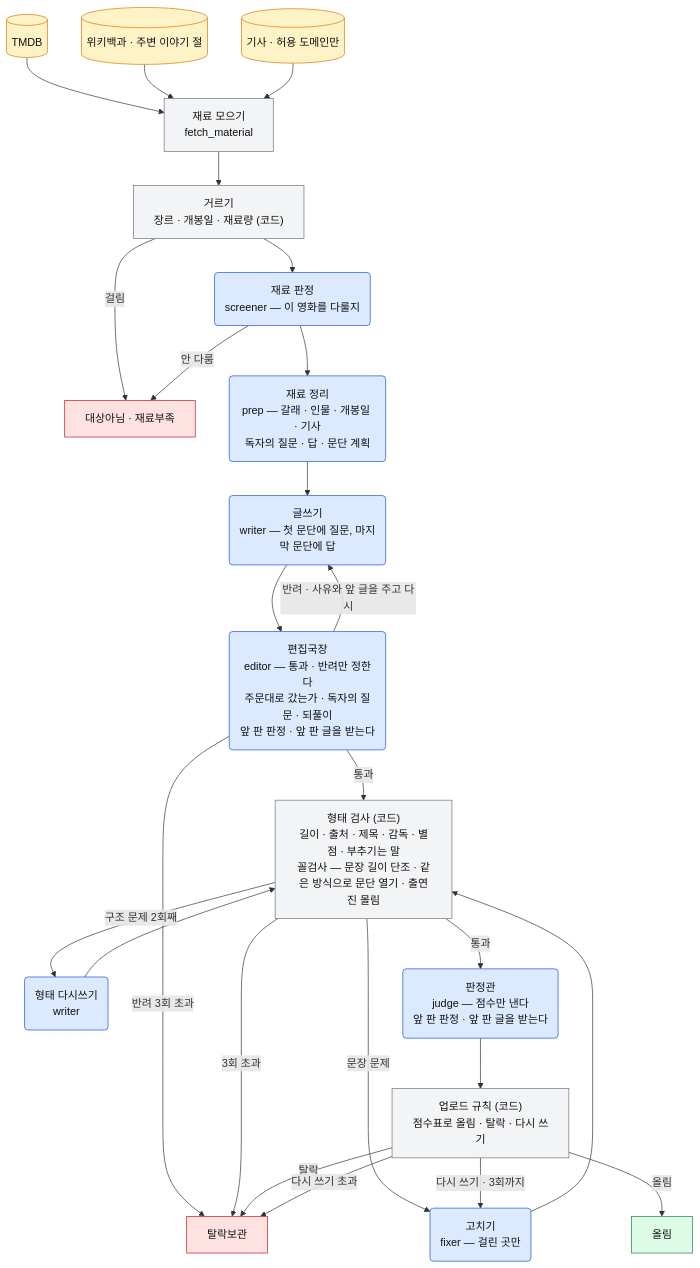
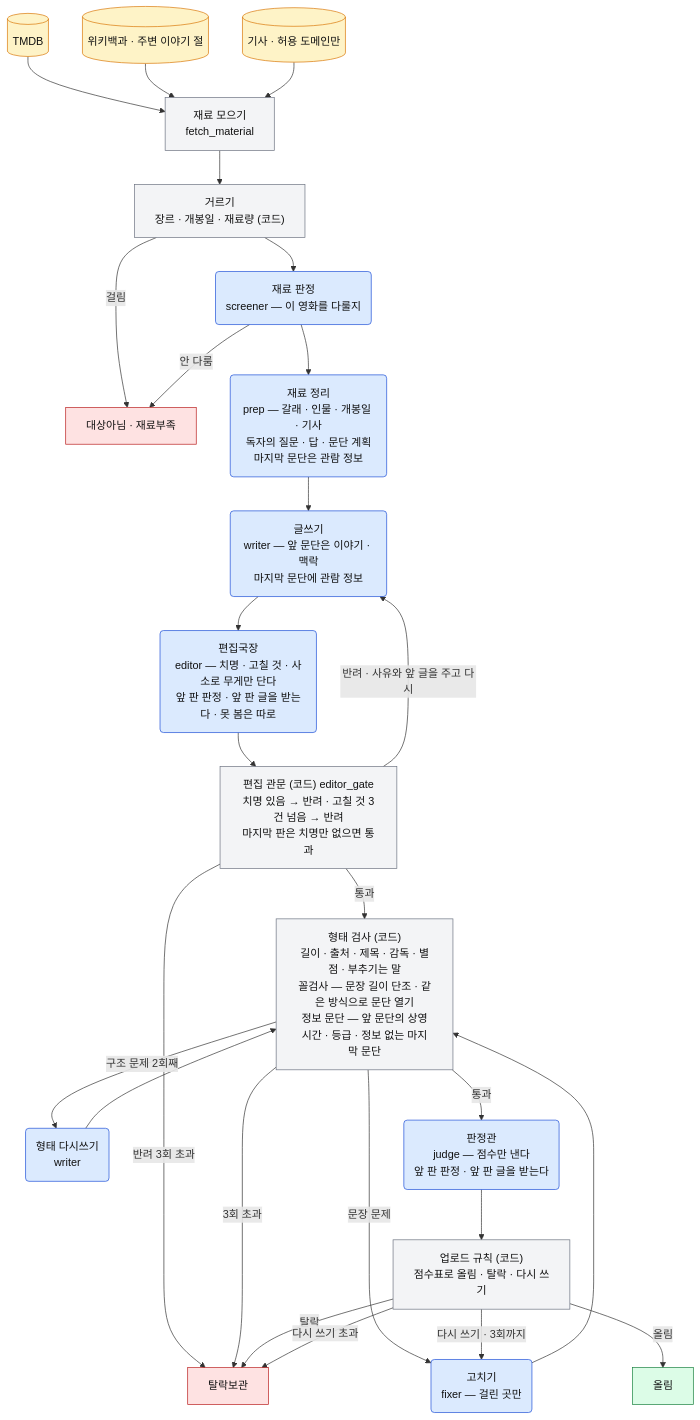
One commit to Por0ri/me-and-nu changed the fourth of 6 diagrams in agent/README.md. Above: the diagram before and after it, drawn with Mermaid. The commit also changed other lines of this file and 2 other files, not shown here.

Commit message:
feat(agent/movie): 정보 V3.1 — 편집국장 세 단계, 관람 정보는 마지막 문단
9/29 실측에서 10편 중 올림 1편(편집국장 39번 판정 중 통과 1번)이었다. PM 결정 셋:
- 편집국장은 치명 · 고칠 것 · 사소로 무게만 단다. 통과 · 반려는 editor_gate(코드)가
  정한다. 치명이 있으면 반려, 고칠 것이 EDITOR_FIX_LIMIT(3)보다 많으면 반려,
  마지막 판은 치명만 없으면 넘긴다
- 앞 판에서 못 봄은 반려 사유가 아니다. missed 칸에 적고 작가에게 참고로만 넘긴다
- 관람 정보(개봉일 · 상영시간 · 등급 · 출연진 · 반응)는 마지막 문단에 모은다.
  배치는 하나로 고정하고, 첫 문단 질문 → 마지막 문단 답 틀을 풀었다.
  형태 검사가 앞 문단의 상영시간 · 등급과 정보 없는 마지막 문단을 잡는다

형태 검사 버그도 고친다: 재료의 감독 이름이 영문이면 영문 원문을 찾지 않는다.
V3.0은 한글로 옮기면 "감독 이름이 없다", 영문으로 두면 "영문 표기가 남았다"로 늘 걸렸다.

V3.1 10편 실측: 올림 6 · 탈락 4, 8.6분, $0.039 (V3.0: 올림 1 · 탈락 9, 10분, $0.055).

````diff
--- a/agent/README.md
+++ b/agent/README.md
@@ -283,37 +283,38 @@
 ```mermaid
 flowchart TD
     classDef llm  fill:#dbeafe,stroke:#1d4ed8,color:#111
     classDef code fill:#f3f4f6,stroke:#6b7280,color:#111
     classDef src  fill:#fef3c7,stroke:#d97706,color:#111
     classDef ok   fill:#dcfce7,stroke:#15803d,color:#111
     classDef drop fill:#fee2e2,stroke:#b91c1c,color:#111
 
     TMDB[("TMDB")]:::src
     WIKI[("위키백과 · 주변 이야기 절")]:::src
     NEWS[("기사 · 허용 도메인만")]:::src
     TMDB --> M
     WIKI --> M
     NEWS --> M
     M["재료 모으기<br/>fetch_material"]:::code
     M --> G["거르기<br/>장르 · 개봉일 · 재료량 (코드)"]:::code
     G -->|걸림| X1["대상아님 · 재료부족"]:::drop
     G --> S("재료 판정<br/>screener — 이 영화를 다룰지"):::llm
     S -->|안 다룸| X1
-    S --> P("재료 정리<br/>prep — 갈래 · 인물 · 개봉일 · 기사<br/>독자의 질문 · 답 · 문단 계획"):::llm
-    P --> W("글쓰기<br/>writer — 첫 문단에 질문, 마지막 문단에 답"):::llm
-    W --> E("편집국장<br/>editor — 통과 · 반려만 정한다<br/>주문대로 갔는가 · 독자의 질문 · 되풀이<br/>앞 판 판정 · 앞 판 글을 받는다"):::llm
-    E -->|반려 · 사유와 앞 글을 주고 다시| W
-    E -->|반려 3회 초과| X2[탈락보관]:::drop
-    E -->|통과| SH["형태 검사 (코드)<br/>길이 · 출처 · 제목 · 감독 · 별점 · 부추기는 말<br/>꼴검사 — 문장 길이 단조 · 같은 방식으로 문단 열기 · 출연진 몰림"]:::code
+    S --> P("재료 정리<br/>prep — 갈래 · 인물 · 개봉일 · 기사<br/>독자의 질문 · 답 · 문단 계획<br/>마지막 문단은 관람 정보"):::llm
+    P --> W("글쓰기<br/>writer — 앞 문단은 이야기 · 맥락<br/>마지막 문단에 관람 정보"):::llm
+    W --> E("편집국장<br/>editor — 치명 · 고칠 것 · 사소로 무게만 단다<br/>앞 판 판정 · 앞 판 글을 받는다 · 못 봄은 따로"):::llm
+    E --> EG["편집 관문 (코드) editor_gate<br/>치명 있음 → 반려 · 고칠 것 3건 넘음 → 반려<br/>마지막 판은 치명만 없으면 통과"]:::code
+    EG -->|반려 · 사유와 앞 글을 주고 다시| W
+    EG -->|반려 3회 초과| X2[탈락보관]:::drop
+    EG -->|통과| SH["형태 검사 (코드)<br/>길이 · 출처 · 제목 · 감독 · 별점 · 부추기는 말<br/>꼴검사 — 문장 길이 단조 · 같은 방식으로 문단 열기<br/>정보 문단 — 앞 문단의 상영시간 · 등급 · 정보 없는 마지막 문단"]:::code
     SH -->|문장 문제| F("고치기<br/>fixer — 걸린 곳만"):::llm
     SH -->|구조 문제 2회째| RW("형태 다시쓰기<br/>writer"):::llm
     F --> SH
     RW --> SH
     SH -->|3회 초과| X2
     SH -->|통과| J("판정관<br/>judge — 점수만 낸다<br/>앞 판 판정 · 앞 판 글을 받는다"):::llm
     J --> V["업로드 규칙 (코드)<br/>점수표로 올림 · 탈락 · 다시 쓰기"]:::code
     V -->|올림| OK[올림]:::ok
     V -->|탈락| X2
     V -->|다시 쓰기 · 3회까지| F
     V -->|다시 쓰기 초과| X2
 ```
````
